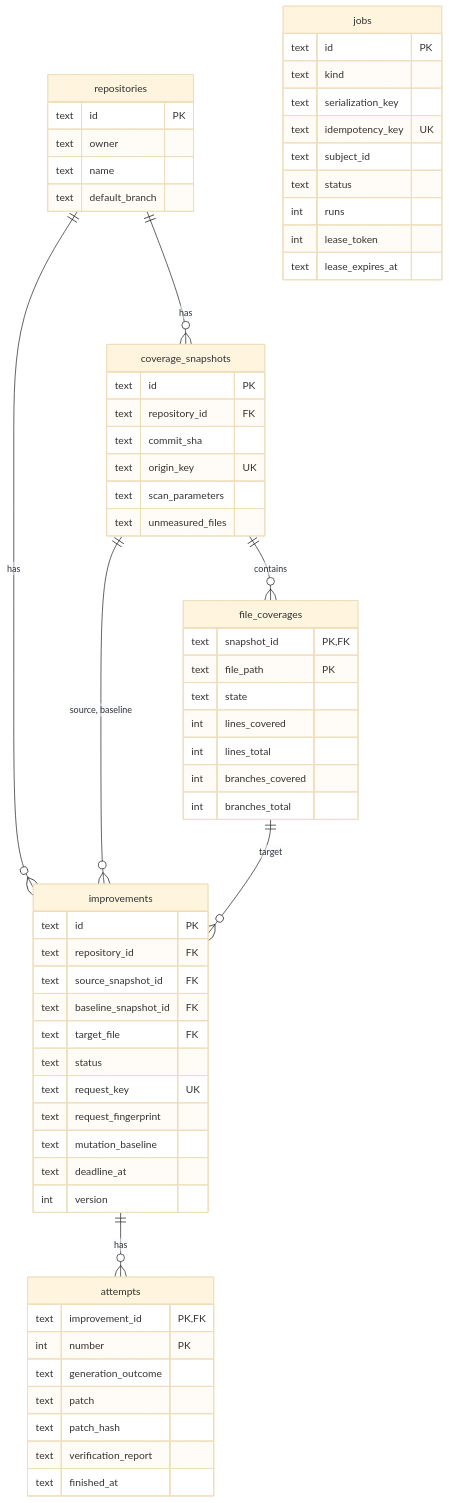
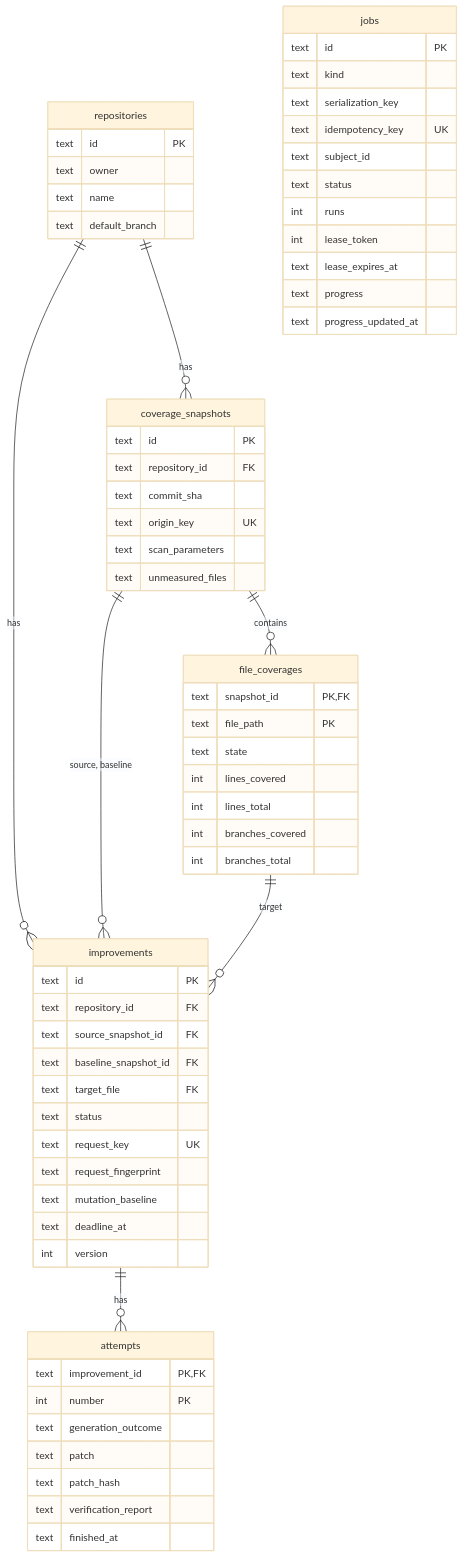
Before and after one commit to daitkhev/coverage-autopilot: the seventh of 8 diagrams in docs/plan/system-design.md, drawn with Mermaid (base theme). The commit also changed other lines of this file, not shown here.

First line of the commit message:
docs: add progress contract for running jobs

````diff
--- a/docs/plan/system-design.md
+++ b/docs/plan/system-design.md
@@ -939,65 +1026,67 @@
 ```mermaid
 erDiagram
     repositories ||--o{ coverage_snapshots : has
     coverage_snapshots ||--o{ file_coverages : contains
     repositories ||--o{ improvements : has
     coverage_snapshots ||--o{ improvements : "source, baseline"
     file_coverages ||--o{ improvements : target
     improvements ||--o{ attempts : has
     repositories {
         text id PK
         text owner
         text name
         text default_branch
     }
     coverage_snapshots {
         text id PK
         text repository_id FK
         text commit_sha
         text origin_key UK
         text scan_parameters
         text unmeasured_files
     }
     file_coverages {
         text snapshot_id PK, FK
         text file_path PK
         text state
         int lines_covered
         int lines_total
         int branches_covered
         int branches_total
     }
     improvements {
         text id PK
         text repository_id FK
         text source_snapshot_id FK
         text baseline_snapshot_id FK
         text target_file FK
         text status
         text request_key UK
         text request_fingerprint
         text mutation_baseline
         text deadline_at
         int version
     }
     attempts {
         text improvement_id PK, FK
         int number PK
         text generation_outcome
         text patch
         text patch_hash
         text verification_report
         text finished_at
     }
     jobs {
         text id PK
         text kind
         text serialization_key
         text idempotency_key UK
         text subject_id
         text status
         int runs
         int lease_token
         text lease_expires_at
+        text progress
+        text progress_updated_at
     }
 ```
````
